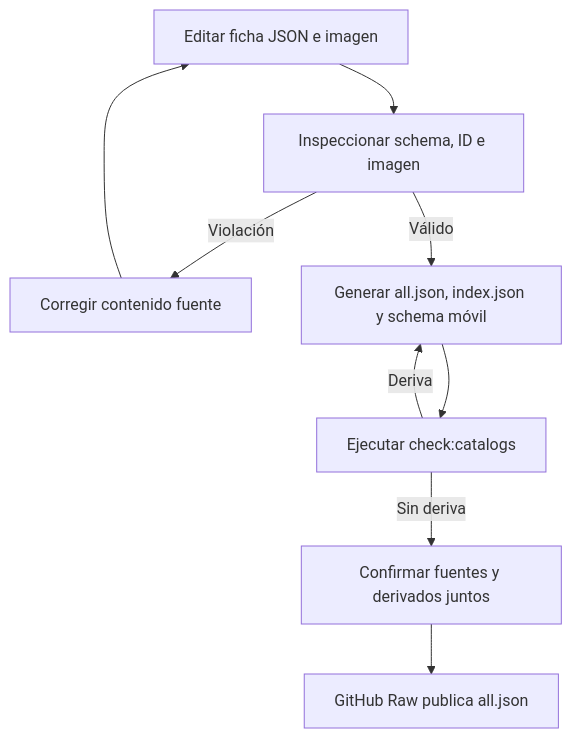
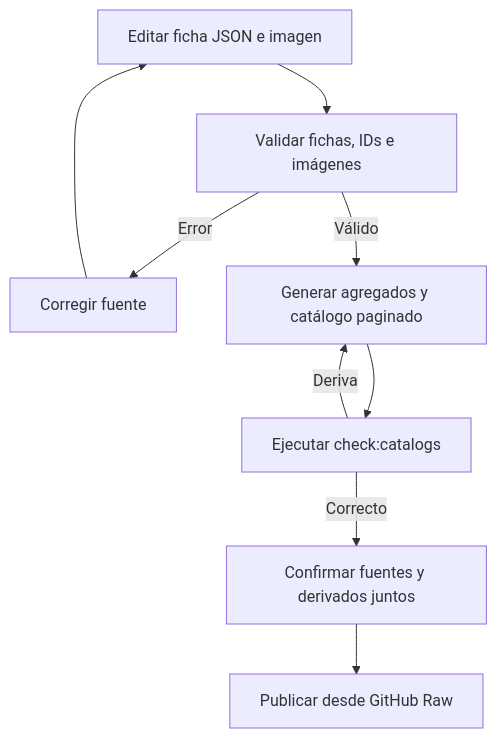
One commit to maximofn/gymnasia changed the first of 3 diagrams in openwiki/content/repositories.md. Above: the diagram before and after it, drawn with Mermaid. The commit also changed other lines of this file and 52 other files, not shown here.

````diff
--- a/openwiki/content/repositories.md
+++ b/openwiki/content/repositories.md
@@ -100,11 +69,11 @@
 ```mermaid
 flowchart TD
-    Edit["Editar ficha JSON e imagen"] --> Inspect["Inspeccionar schema, ID e imagen"]
-    Inspect -->|"Violación"| Fix["Corregir contenido fuente"]
+    Edit["Editar ficha JSON e imagen"] --> Inspect["Validar fichas, IDs e imágenes"]
+    Inspect -->|"Error"| Fix["Corregir fuente"]
     Fix --> Edit
-    Inspect -->|"Válido"| Generate["Generar all.json, index.json y schema móvil"]
-    Generate --> Check["Ejecutar check:catalogs"]
-    Check -->|"Deriva"| Generate
-    Check -->|"Sin deriva"| Commit["Confirmar fuentes y derivados juntos"]
-    Commit --> Raw["GitHub Raw publica all.json"]
+    Inspect -->|"Válido"| Build["Generar agregados y catálogo paginado"]
+    Build --> Check["Ejecutar check:catalogs"]
+    Check -->|"Deriva"| Build
+    Check -->|"Correcto"| Commit["Confirmar fuentes y derivados juntos"]
+    Commit --> Publish["Publicar desde GitHub Raw"]
 ```
````
